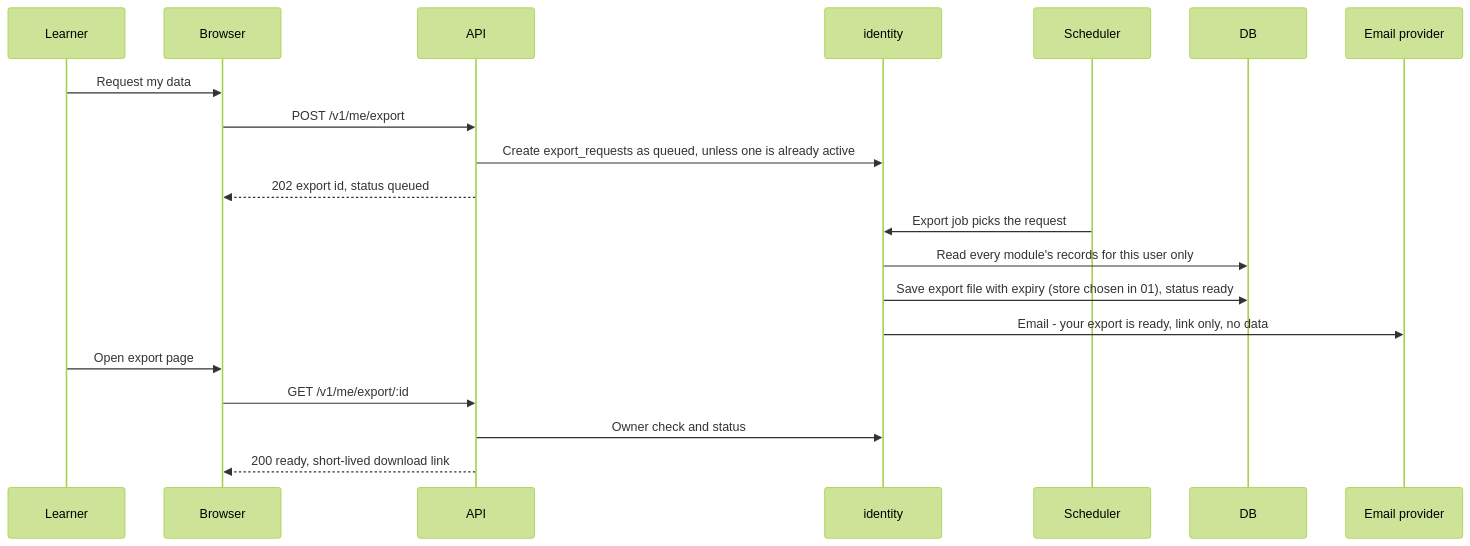
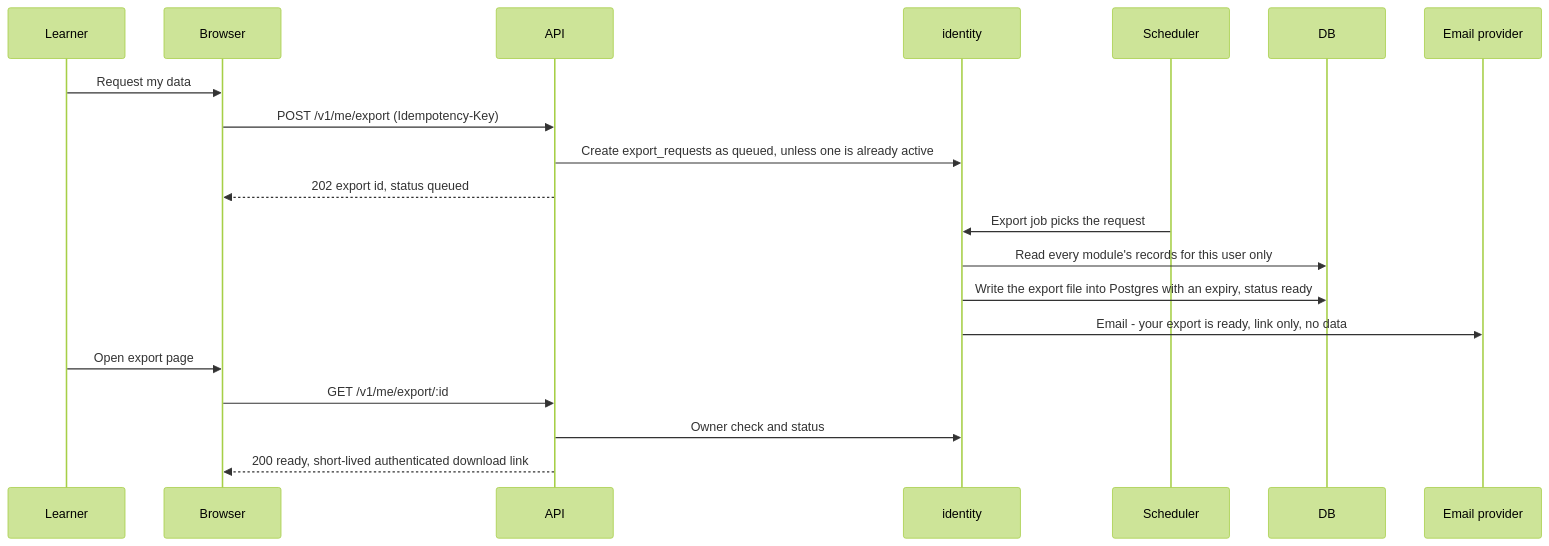
One commit to GhanshyamSoni68/app_idea changed diagram 18 of 19 in devstep/docs/03-key-flows.md. Above: the diagram before and after it, drawn with Mermaid (forest theme). The commit also changed other lines of this file and 8 other files, not shown here.

````diff
--- a/devstep/docs/03-key-flows.md
+++ b/devstep/docs/03-key-flows.md
@@ -1085,22 +1117,22 @@
 ```mermaid
 sequenceDiagram
     participant L as Learner
     participant B as Browser
     participant API
     participant ID as identity
     participant SJ as Scheduler
     participant DB
     participant EP as Email provider
     L->>B: Request my data
-    B->>API: POST /v1/me/export
+    B->>API: POST /v1/me/export (Idempotency-Key)
     API->>ID: Create export_requests as queued, unless one is already active
     API-->>B: 202 export id, status queued
     SJ->>ID: Export job picks the request
     ID->>DB: Read every module's records for this user only
-    ID->>DB: Save export file with expiry (store chosen in 01), status ready
+    ID->>DB: Write the export file into Postgres with an expiry, status ready
     ID->>EP: Email - your export is ready, link only, no data
     L->>B: Open export page
     B->>API: GET /v1/me/export/:id
     API->>ID: Owner check and status
-    API-->>B: 200 ready, short-lived download link
+    API-->>B: 200 ready, short-lived authenticated download link
 ```
````
